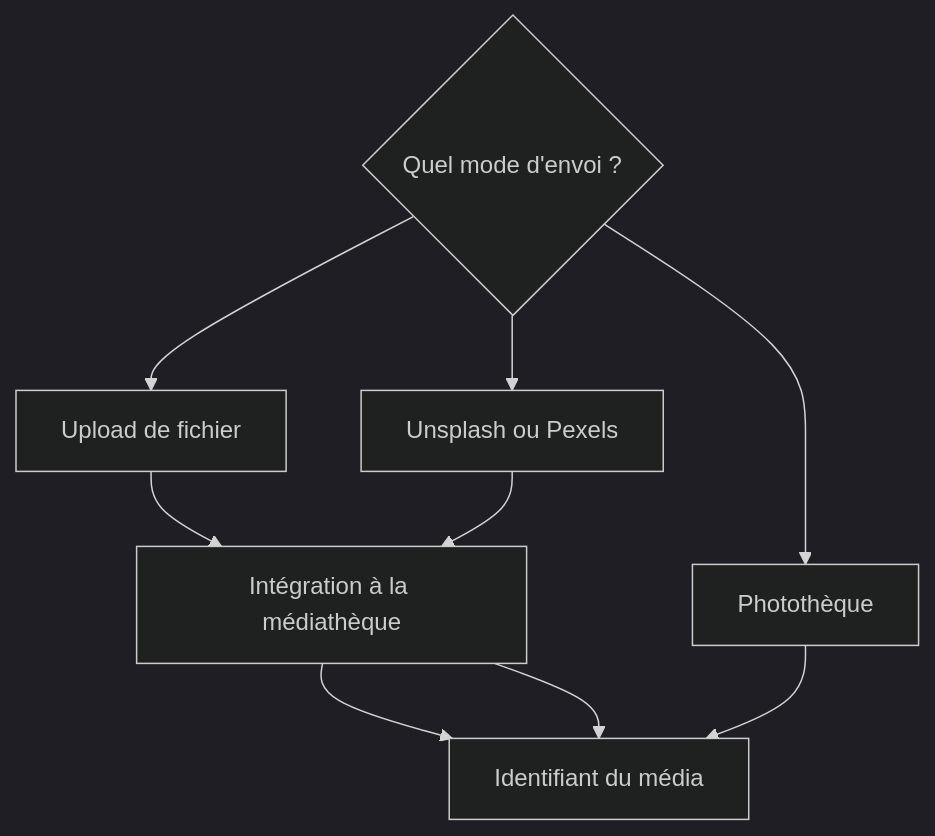
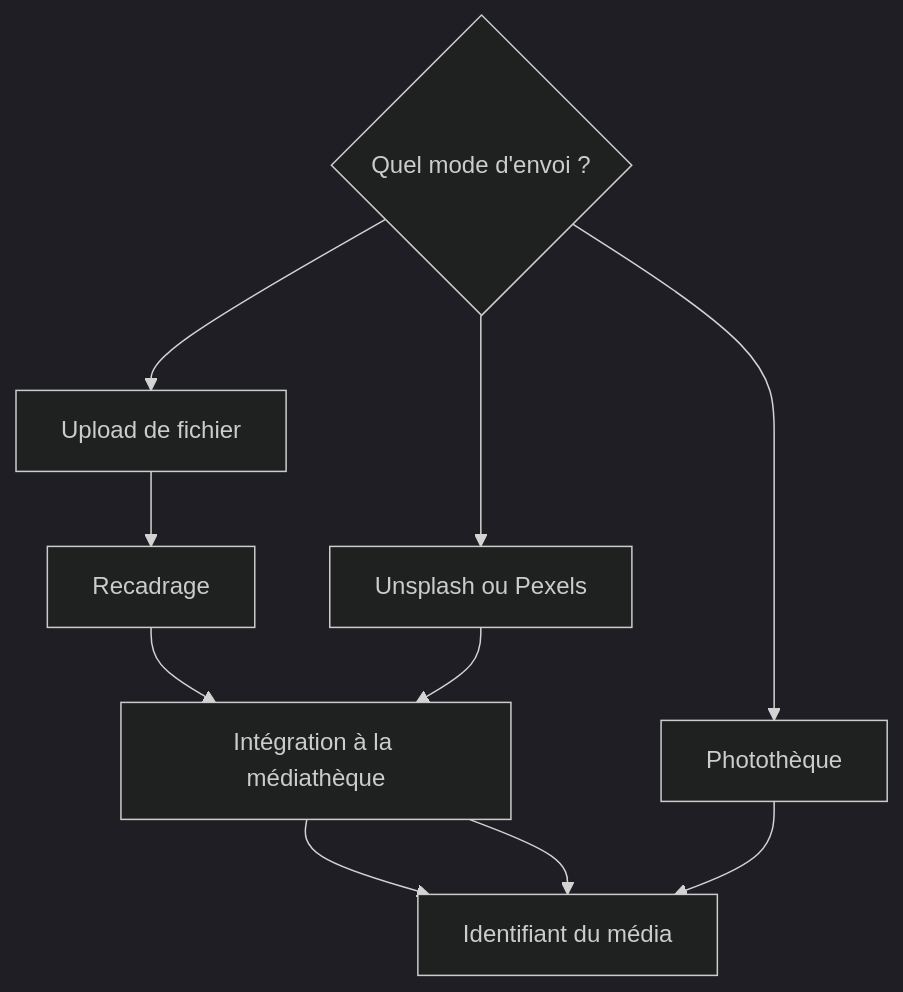
Before and after one commit to osunyorg/developers: the diagram in content/docs/admin/composants/media-input.md, drawn with Mermaid (dark theme).

````diff
--- a/content/docs/admin/composants/media-input.md
+++ b/content/docs/admin/composants/media-input.md
@@ -14,13 +14,14 @@
 ```mermaid
 graph TD;
-  ModeChoix-->Upload-->FindOrCreateMedia-->IdMedia
+  ModeChoix-->Upload-->Crop-->FindOrCreateMedia-->IdMedia
   ModeChoix-->UnsplashPexels-->FindOrCreateMedia-->IdMedia
   ModeChoix-->Phototheque-->IdMedia
 
   ModeChoix{"Quel mode d'envoi ?"}
   Upload["Upload de fichier"]
   UnsplashPexels["Unsplash ou Pexels"]
   Phototheque["Photothèque"]
+  Crop["Recadrage"]
   FindOrCreateMedia["Intégration à la médiathèque"]
   IdMedia["Identifiant du média"]
 ```
````
